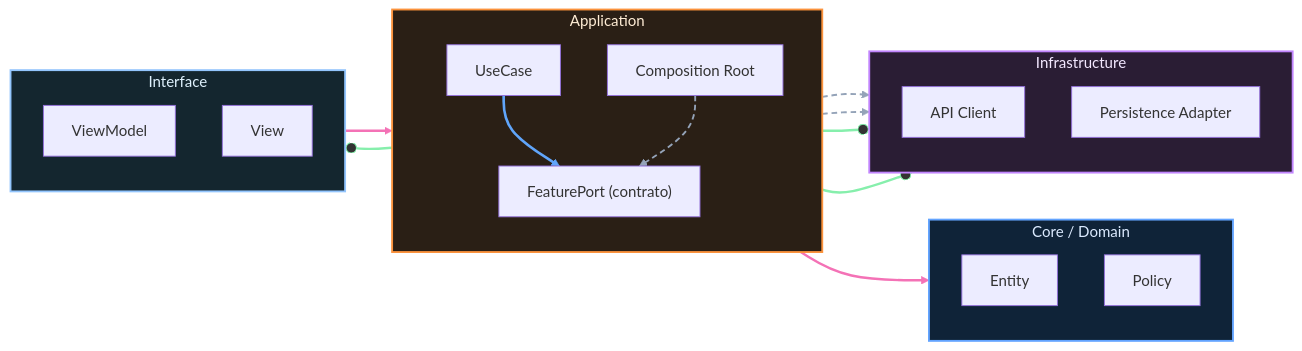
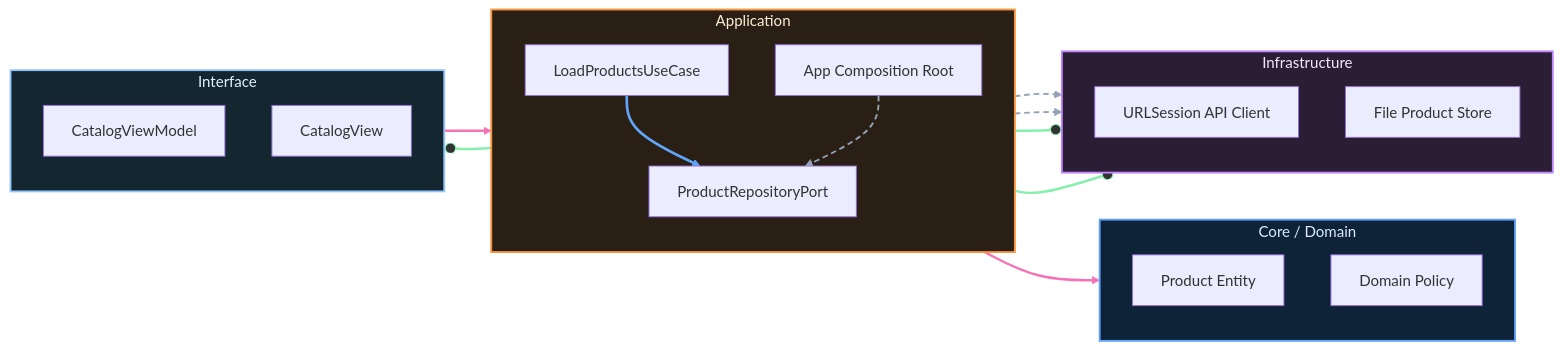
The diagram in 00-core-mobile/00-introduccion.md (SwiftEnProfundidad/stack-my-architecture-ios), drawn with Mermaid before and after one commit. The commit also changed other lines of this file, not shown here.

Commit message:
fix(ios): polish lesson-1 architecture diagram and semantics

````diff
--- a/00-core-mobile/00-introduccion.md
+++ b/00-core-mobile/00-introduccion.md
@@ -58,52 +58,52 @@
 ```mermaid
 flowchart LR
   subgraph CORE["Core / Domain"]
     direction TB
-    ENT[Entity]
-    POL[Policy]
+    ENT[Product Entity]
+    POL[Domain Policy]
   end
 
   subgraph APP["Application"]
     direction TB
-    BOOT[Composition Root]
-    UC[UseCase]
-    PORT["FeaturePort (contrato)"]
+    BOOT[App Composition Root]
+    UC[LoadProductsUseCase]
+    PORT["ProductRepositoryPort"]
   end
 
   subgraph UI["Interface"]
     direction TB
-    VM[ViewModel]
-    VIEW[View]
+    VM[CatalogViewModel]
+    VIEW[CatalogView]
   end
 
   subgraph INFRA["Infrastructure"]
     direction TB
-    API[API Client]
-    STORE[Persistence Adapter]
+    API[URLSession API Client]
+    STORE[File Product Store]
   end
 
   VM --> UC
   UC --> ENT
   UC ==> PORT
   BOOT -.-> PORT
   BOOT -.-> API
   BOOT -.-> STORE
   PORT --o API
   PORT --o STORE
   UC --o VM
 
   style CORE fill:#0f2338,stroke:#63a4ff,color:#dbeafe,stroke-width:2px
   style APP fill:#2a1f15,stroke:#fb923c,color:#ffedd5,stroke-width:2px
   style UI fill:#14262f,stroke:#93c5fd,color:#e0f2fe,stroke-width:2px
   style INFRA fill:#2a1d34,stroke:#c084fc,color:#f3e8ff,stroke-width:2px
 
   linkStyle 0 stroke:#f472b6,stroke-width:2.6px
   linkStyle 1 stroke:#f472b6,stroke-width:2.6px
   linkStyle 2 stroke:#60a5fa,stroke-width:2.8px
   linkStyle 3 stroke:#94a3b8,stroke-width:2px,stroke-dasharray:6 4
   linkStyle 4 stroke:#94a3b8,stroke-width:2px,stroke-dasharray:6 4
   linkStyle 5 stroke:#94a3b8,stroke-width:2px,stroke-dasharray:6 4
   linkStyle 6 stroke:#86efac,stroke-width:2.6px
   linkStyle 7 stroke:#86efac,stroke-width:2.6px
   linkStyle 8 stroke:#86efac,stroke-width:2.6px
 ```
````
